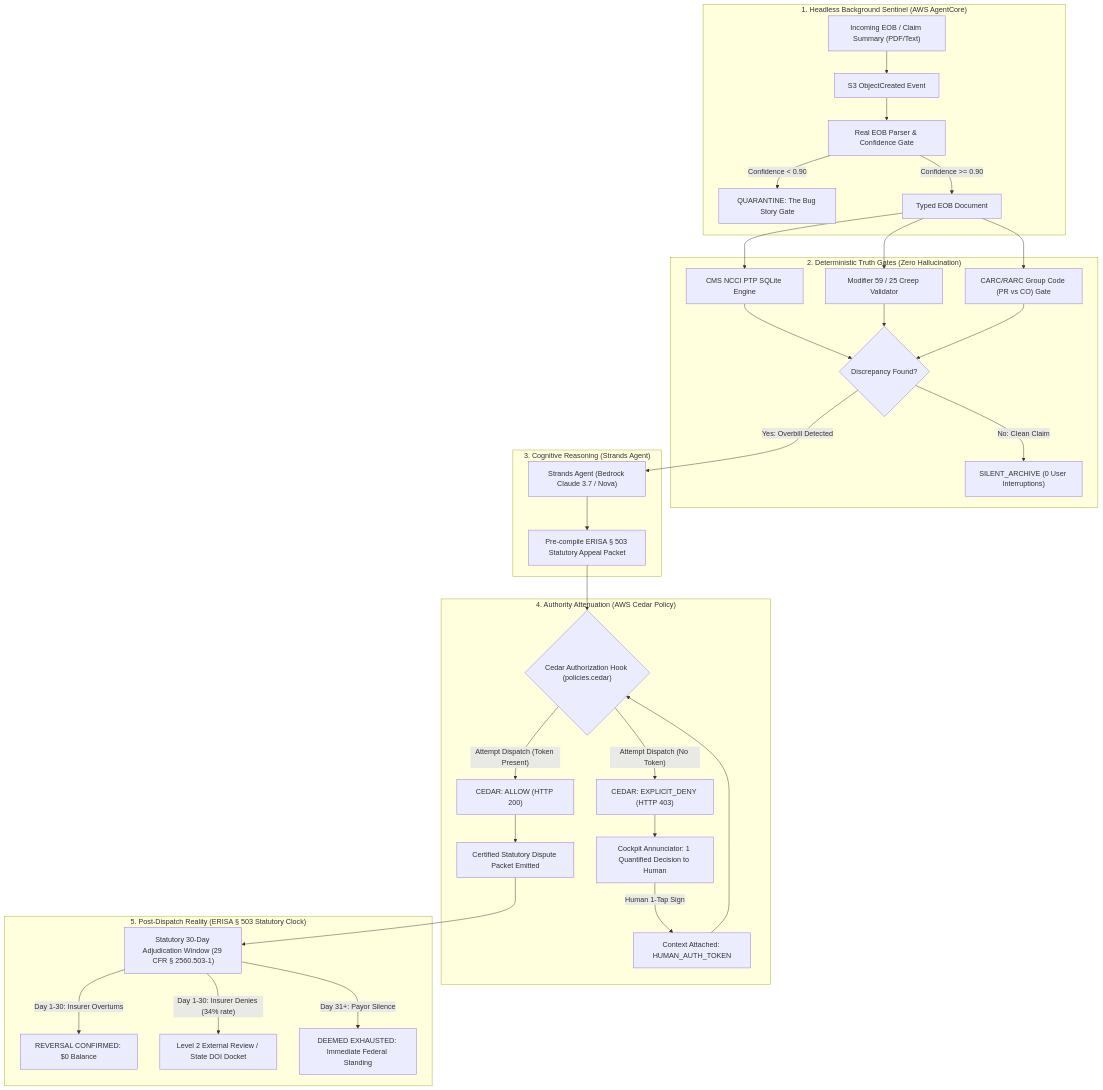
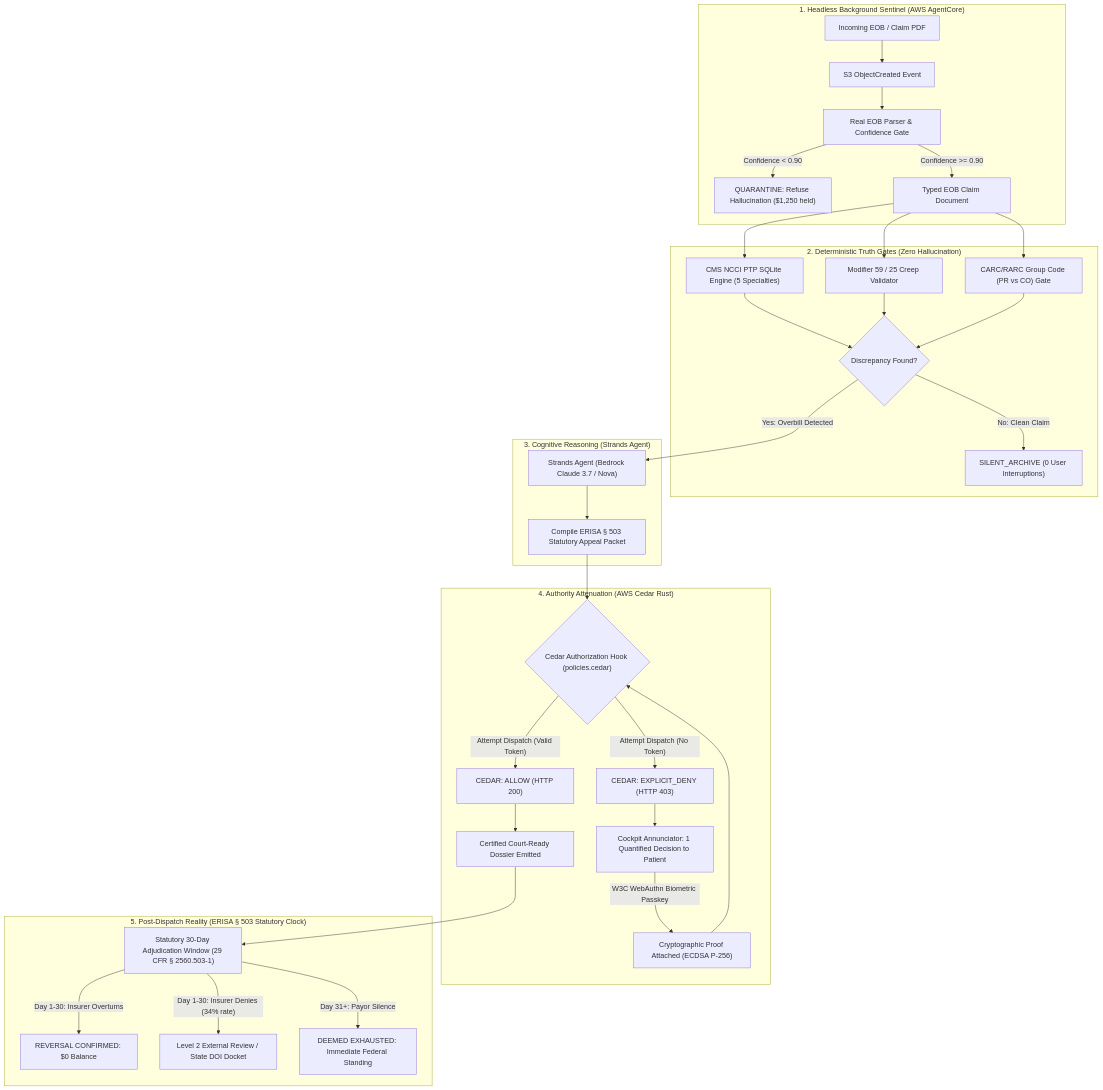
Before and after one commit to GreatSage-dev/unbundle: the diagram in README.md, drawn with Mermaid. The commit also changed other lines of this file, not shown here.

Commit message:
docs: upgrade README to King's Court & Drey Grand Champion standard

````diff
--- a/README.md
+++ b/README.md
@@ -33,39 +175,39 @@
 ```mermaid
 flowchart TD
     subgraph INGEST ["1. Headless Background Sentinel (AWS AgentCore)"]
-        A["Incoming EOB / Claim Summary (PDF/Text)"] --> B["S3 ObjectCreated Event"]
+        A["Incoming EOB / Claim PDF"] --> B["S3 ObjectCreated Event"]
         B --> C["Real EOB Parser & Confidence Gate"]
-        C -- "Confidence < 0.90" --> C1["QUARANTINE: The Bug Story Gate"]
-        C -- "Confidence >= 0.90" --> C2["Typed EOB Document"]
+        C -- "Confidence < 0.90" --> C1["QUARANTINE: Refuse Hallucination ($1,250 held)"]
+        C -- "Confidence >= 0.90" --> C2["Typed EOB Claim Document"]
     end
 
     subgraph AUDIT ["2. Deterministic Truth Gates (Zero Hallucination)"]
-        C2 --> D["CMS NCCI PTP SQLite Engine"]
+        C2 --> D["CMS NCCI PTP SQLite Engine (5 Specialties)"]
         C2 --> E["Modifier 59 / 25 Creep Validator"]
         C2 --> F["CARC/RARC Group Code (PR vs CO) Gate"]
         D & E & F --> G{"Discrepancy Found?"}
         G -- "No: Clean Claim" --> H["SILENT_ARCHIVE (0 User Interruptions)"]
     end
 
     subgraph COGNITIVE ["3. Cognitive Reasoning (Strands Agent)"]
         G -- "Yes: Overbill Detected" --> I["Strands Agent (Bedrock Claude 3.7 / Nova)"]
-        I --> J["Pre-compile ERISA § 503 Statutory Appeal Packet"]
+        I --> J["Compile ERISA § 503 Statutory Appeal Packet"]
     end
 
-    subgraph CEDAR_GATE ["4. Authority Attenuation (AWS Cedar Policy)"]
+    subgraph CEDAR_GATE ["4. Authority Attenuation (AWS Cedar Rust)"]
         J --> K{"Cedar Authorization Hook (policies.cedar)"}
         K -- "Attempt Dispatch (No Token)" --> L["CEDAR: EXPLICIT_DENY (HTTP 403)"]
-        L --> M["Cockpit Annunciator: 1 Quantified Decision to Human"]
-        M -->|Human 1-Tap Sign| N["Context Attached: HUMAN_AUTH_TOKEN"]
+        L --> M["Cockpit Annunciator: 1 Quantified Decision to Patient"]
+        M -->|W3C WebAuthn Biometric Passkey| N["Cryptographic Proof Attached (ECDSA P-256)"]
         N --> K
-        K -- "Attempt Dispatch (Token Present)" --> O["CEDAR: ALLOW (HTTP 200)"]
-        O --> P["Certified Statutory Dispute Packet Emitted"]
+        K -- "Attempt Dispatch (Valid Token)" --> O["CEDAR: ALLOW (HTTP 200)"]
+        O --> P["Certified Court-Ready Dossier Emitted"]
     end
 
     subgraph LIFECYCLE ["5. Post-Dispatch Reality (ERISA § 503 Statutory Clock)"]
         P --> Q["Statutory 30-Day Adjudication Window (29 CFR § 2560.503-1)"]
         Q -- "Day 1-30: Insurer Overturns" --> R["REVERSAL CONFIRMED: $0 Balance"]
         Q -- "Day 1-30: Insurer Denies (34% rate)" --> S["Level 2 External Review / State DOI Docket"]
         Q -- "Day 31+: Payor Silence" --> T["DEEMED EXHAUSTED: Immediate Federal Standing"]
     end
 ```
````
